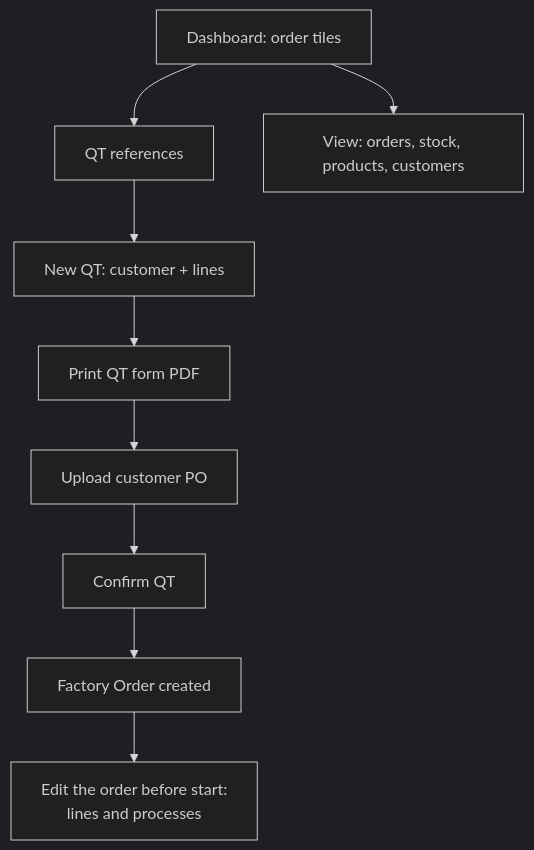
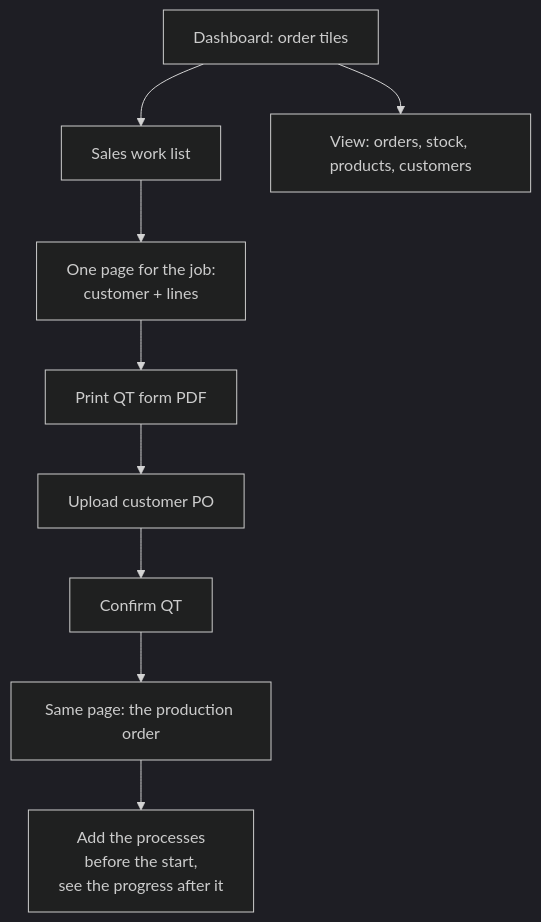
One commit to Detmon0410/Base_Sample_ERP changed the first of 4 diagrams in ProjectdocInfo/User Flow.md. Above: the diagram before and after it, drawn with Mermaid (dark theme). The commit also changed other lines of this file and 11 other files, not shown here.

Commit message:
Docs: the diagrams, the API notes and the README follow the one-page Sales and Accounting, and Today

````diff
--- a/ProjectdocInfo/User Flow.md
+++ b/ProjectdocInfo/User Flow.md
@@ -7,11 +7,11 @@
 ```mermaid
 flowchart TD
-    D[Dashboard: order tiles] --> Q[QT references]
-    Q --> Q1[New QT: customer + lines]
+    D[Dashboard: order tiles] --> Q[Sales work list]
+    Q --> Q1[One page for the job:<br/>customer + lines]
     Q1 --> Q2[Print QT form PDF]
     Q2 --> Q3[Upload customer PO]
     Q3 --> Q4[Confirm QT]
-    Q4 --> O[Factory Order created]
-    O --> O1[Edit the order before start:<br/>lines and processes]
+    Q4 --> O[Same page: the production order]
+    O --> O1[Add the processes<br/>before the start,<br/>see the progress after it]
     D --> V[View: orders, stock, products, customers]
 ```
````
